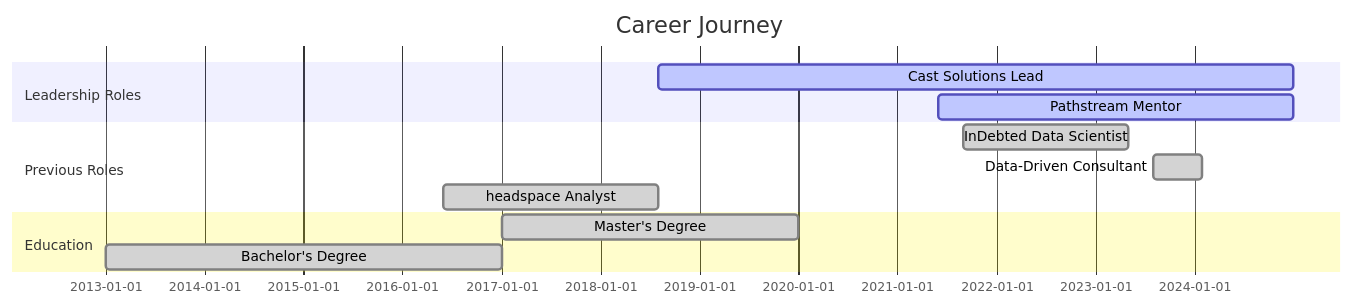
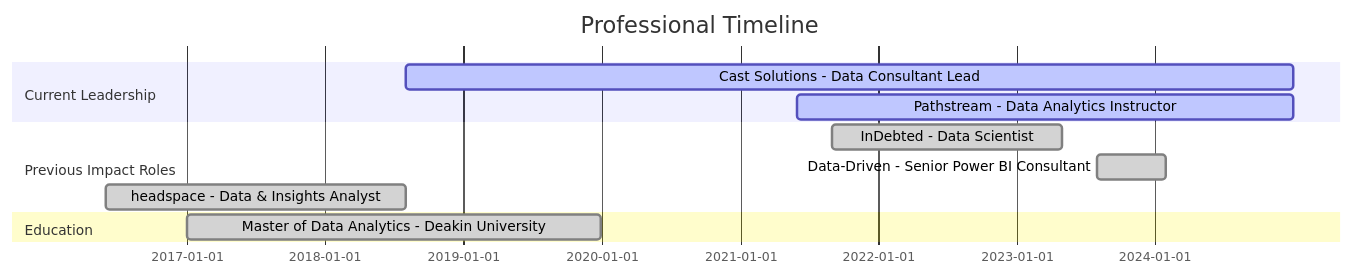
One commit to zerubroberts/zerubroberts changed the diagram in README.md. Above: the diagram before and after it, drawn with Mermaid. The commit also changed other lines of this file, not shown here.

````diff
--- a/README.md
+++ b/README.md
@@ -84,15 +272,14 @@
 ```mermaid
 gantt
-    title Career Journey
+    title Professional Timeline
     dateFormat YYYY-MM-DD
-    section Leadership Roles
-    Cast Solutions Lead     :active, lead, 2018-08-01, 2024-12-31
-    Pathstream Mentor      :active, mentor, 2021-06-01, 2024-12-31
-    section Previous Roles
-    InDebted Data Scientist :done, indebted, 2021-09-01, 2023-04-30
-    Data-Driven Consultant :done, datadriven, 2023-08-01, 2024-01-31
-    headspace Analyst      :done, headspace, 2016-06-01, 2018-08-01
+    section Current Leadership
+    Cast Solutions - Data Consultant Lead          :active, cast, 2018-08-01, 2024-12-31
+    Pathstream - Data Analytics Instructor         :active, path, 2021-06-01, 2024-12-31
+    section Previous Impact Roles
+    InDebted - Data Scientist                      :done, indebt, 2021-09-01, 2023-04-30
+    Data-Driven - Senior Power BI Consultant       :done, dd, 2023-08-01, 2024-01-31
+    headspace - Data & Insights Analyst            :done, hs, 2016-06-01, 2018-08-01
     section Education
-    Master's Degree        :done, masters, 2017-01-01, 2019-12-31
-    Bachelor's Degree      :done, bachelors, 2013-01-01, 2016-12-31
+    Master of Data Analytics - Deakin University   :done, masters, 2017-01-01, 2019-12-31
 ```
````
